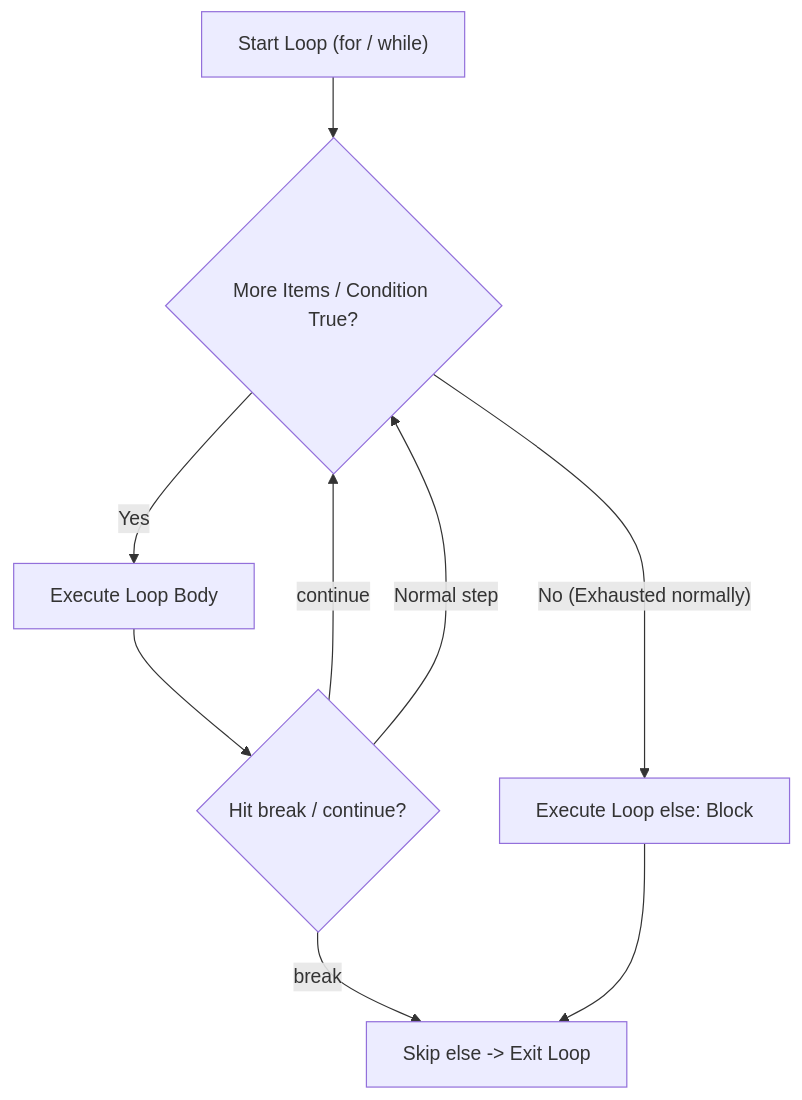
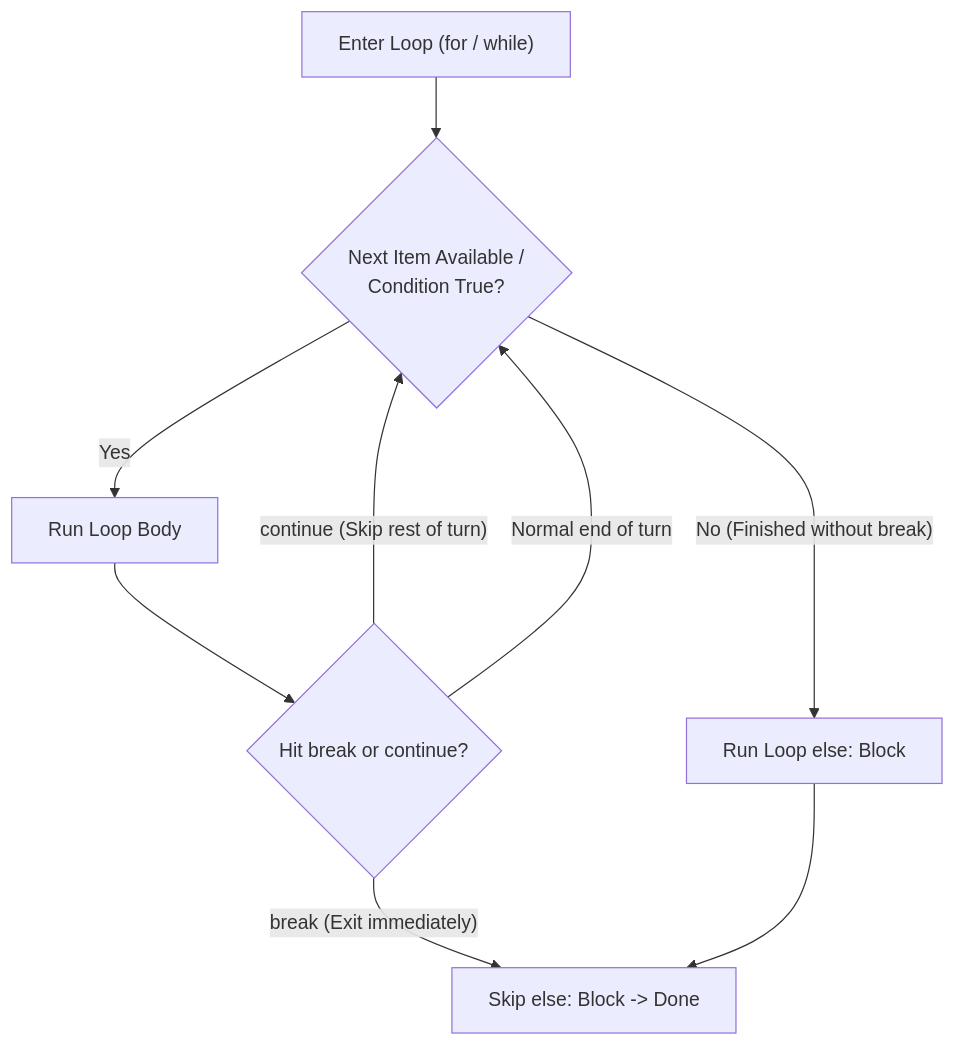
The diagram in Python/04. Control Flow & Loops.md (Valay-2004/Notes), drawn with Mermaid before and after one commit. The commit also changed other lines of this file and 13 other files, not shown here.

````diff
--- a/Python/04. Control Flow & Loops.md
+++ b/Python/04. Control Flow & Loops.md
@@ -150,11 +147,11 @@
 ```mermaid
 flowchart TD
-    START["Start Loop (for / while)"] --> COND{"More Items / Condition True?"}
-    COND -->|"Yes"| BODY["Execute Loop Body"]
-    BODY --> CHECK{"Hit break / continue?"}
-    CHECK -->|"continue"| COND
-    CHECK -->|"Normal step"| COND
-    CHECK -->|"break"| EXIT["Skip else -> Exit Loop"]
-    COND -->|"No (Exhausted normally)"| ELSE["Execute Loop else: Block"]
+    START["Enter Loop (for / while)"] --> CHECK{"Next Item Available /<br/>Condition True?"}
+    CHECK -->|"Yes"| BODY["Run Loop Body"]
+    BODY --> JUMP{"Hit break or continue?"}
+    JUMP -->|"continue (Skip rest of turn)"| CHECK
+    JUMP -->|"Normal end of turn"| CHECK
+    JUMP -->|"break (Exit immediately)"| EXIT["Skip else: Block -> Done"]
+    CHECK -->|"No (Finished without break)"| ELSE["Run Loop else: Block"]
     ELSE --> EXIT
 ```
````
